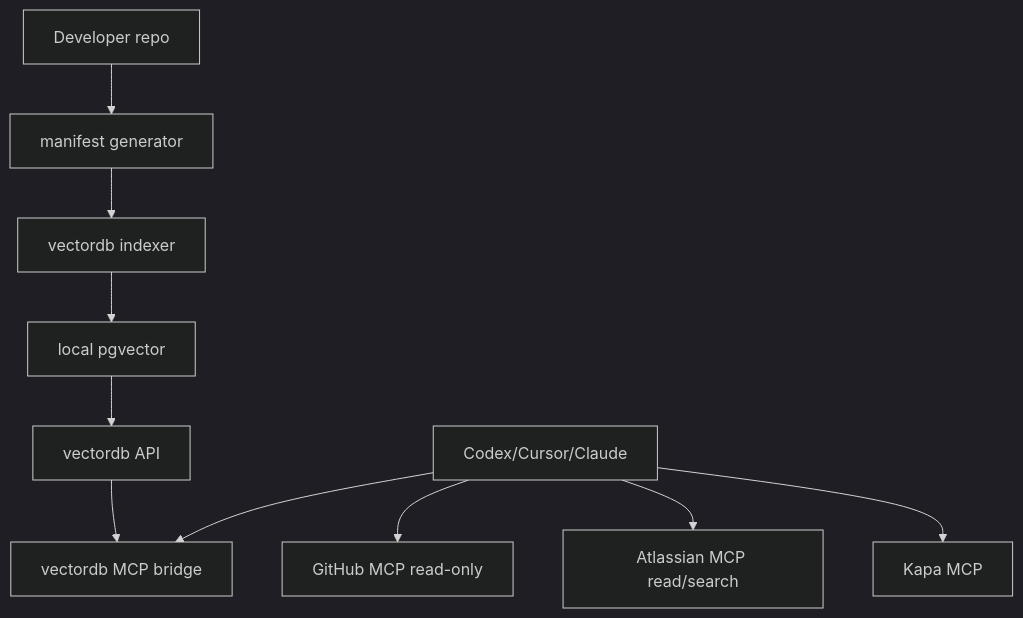
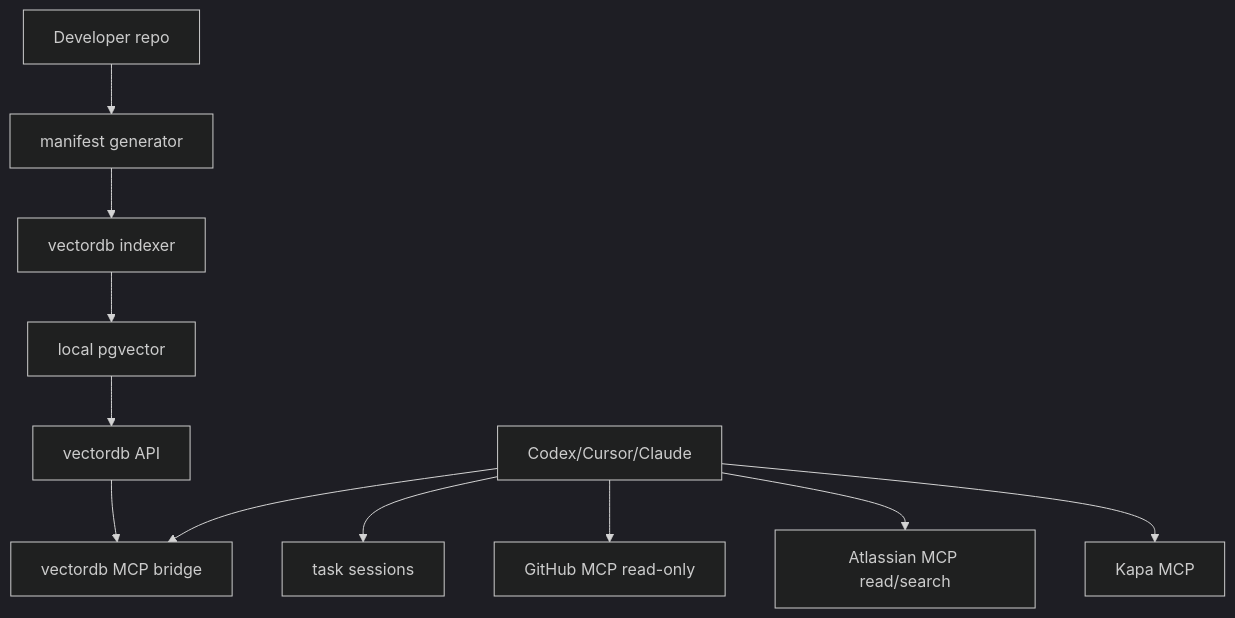
The diagram in README.md (enrique-pastrana/gravitee-local-tooling), drawn with Mermaid (dark theme) before and after one commit. The commit also changed other lines of this file and 6 other files, not shown here.

````diff
--- a/README.md
+++ b/README.md
@@ -93,12 +185,13 @@
 ```mermaid
 flowchart TD
     A["Developer repo"] --> B["manifest generator"]
     B --> C["vectordb indexer"]
     C --> D["local pgvector"]
     D --> E["vectordb API"]
     E --> F["vectordb MCP bridge"]
     G["Codex/Cursor/Claude"] --> F
+    G --> K["task sessions"]
     G --> H["GitHub MCP read-only"]
     G --> I["Atlassian MCP read/search"]
     G --> J["Kapa MCP"]
 ```
````
